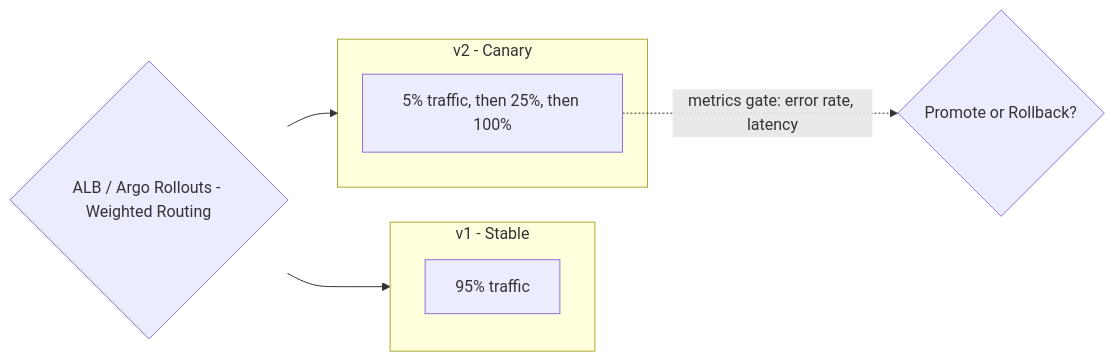
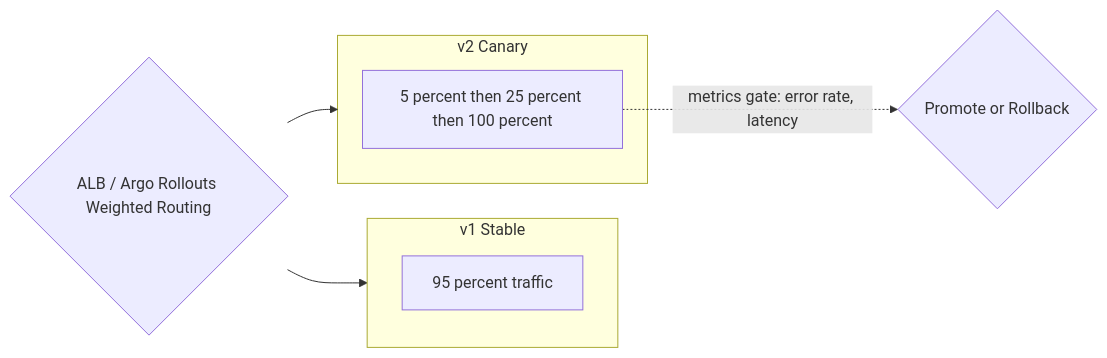
Before and after one commit to vilasvarghesescaler/CompanySpecific: the tenth of 12 diagrams in IamDistributor.md, drawn with Mermaid. The commit also changed other lines of this file, not shown here.

````diff
--- a/IamDistributor.md
+++ b/IamDistributor.md
@@ -335,13 +340,13 @@
 ```mermaid
 flowchart LR
-    ALB2{ALB / Argo Rollouts - Weighted Routing}
-    subgraph V1["v1 - Stable"]
-        S1[95% traffic]
+    ALB2{ALB / Argo Rollouts Weighted Routing}
+    subgraph V1["v1 Stable"]
+        S1[95 percent traffic]
     end
-    subgraph V2["v2 - Canary"]
-        C1[5% traffic, then 25%, then 100%]
+    subgraph V2["v2 Canary"]
+        C1[5 percent then 25 percent then 100 percent]
     end
     ALB2 --> V1
     ALB2 --> V2
-    C1 -.metrics gate: error rate, latency.-> Decision{Promote or Rollback?}
+    C1 -.metrics gate: error rate, latency.-> Decision{Promote or Rollback}
 ```
````
